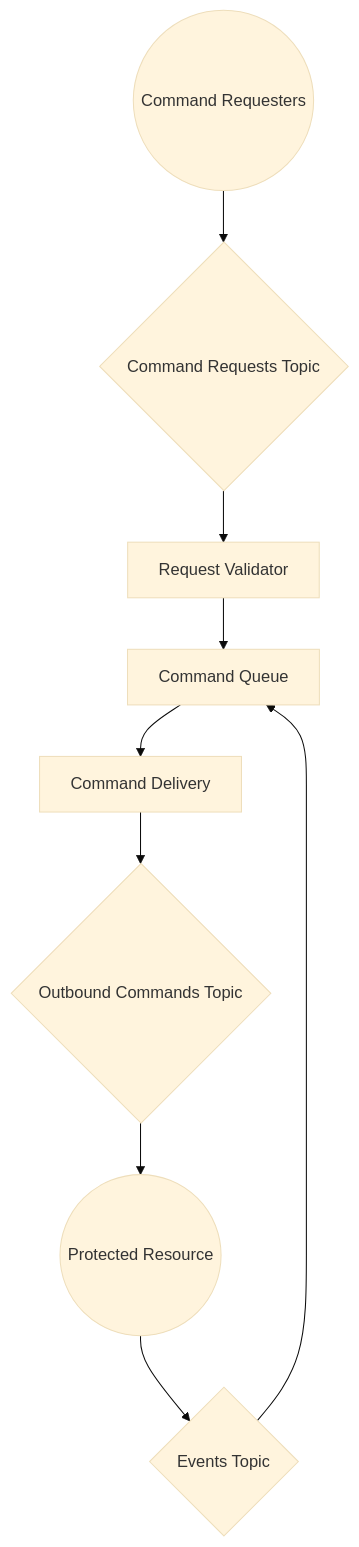
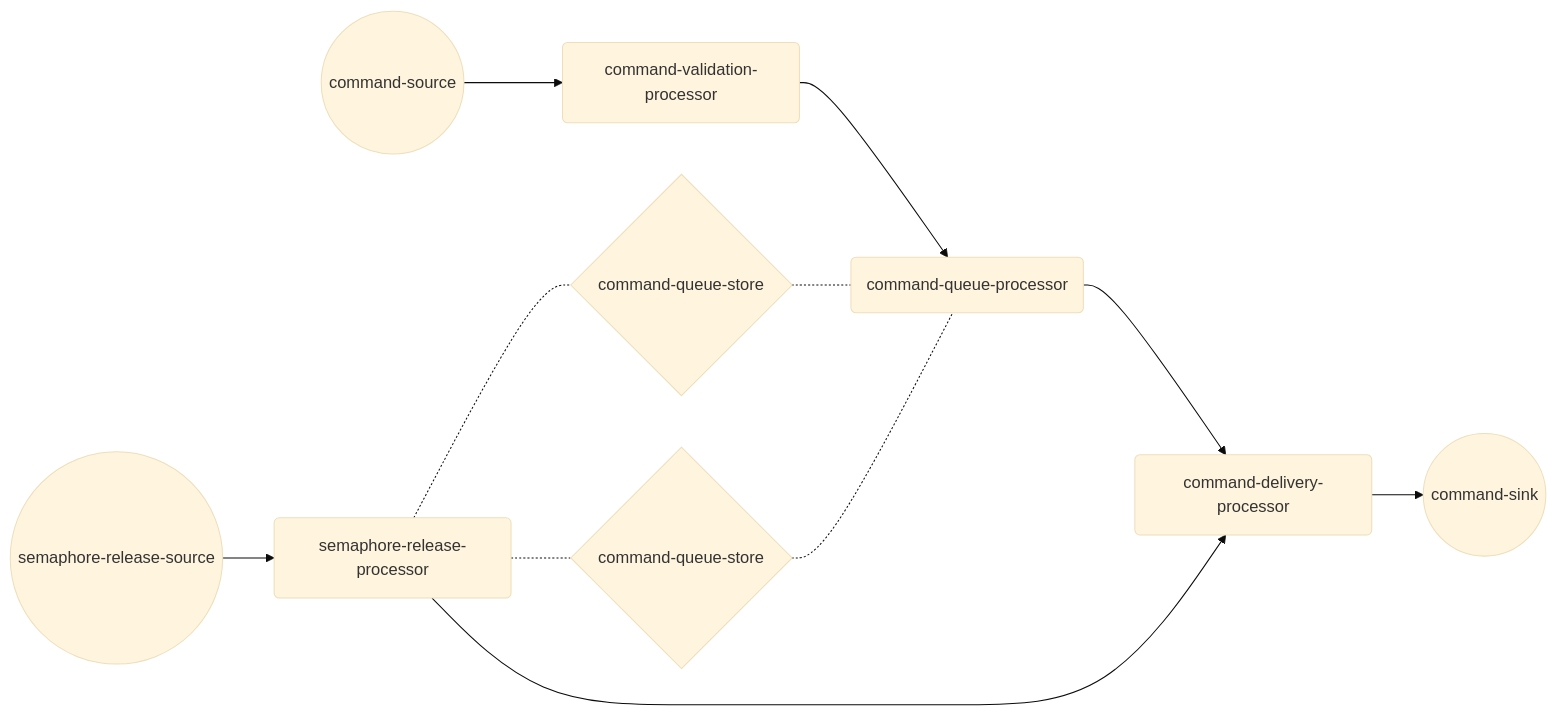
Before and after one commit to JJRising/kafka-queueing: the diagram in README.md, drawn with Mermaid (base theme). The commit also changed other lines of this file and 1 other file, not shown here.

````diff
--- a/README.md
+++ b/README.md
@@ -5,11 +21,13 @@
 ```mermaid
-graph TB
-A((Command Requesters)) -->B{Command Requests Topic}
-B -->C[Request Validator]
-C -->D[Command Queue]
-D -->F[Command Delivery]
-F -->G{Outbound Commands Topic}
-G -->H((Protected Resource))
-H -->I{Events Topic}
-I-->D
+graph LR
+A((command-source))-->B(command-validation-processor)
+B-->C(command-queue-processor)
+D((semaphore-release-source))-->E(semaphore-release-processor)
+C-->F(command-delivery-processor)
+E-->F
+F-->G((command-sink))
+H{command-queue-store}-.-C
+I{command-queue-store}-.-C
+E-.-H
+E-.-I
 ```
````
